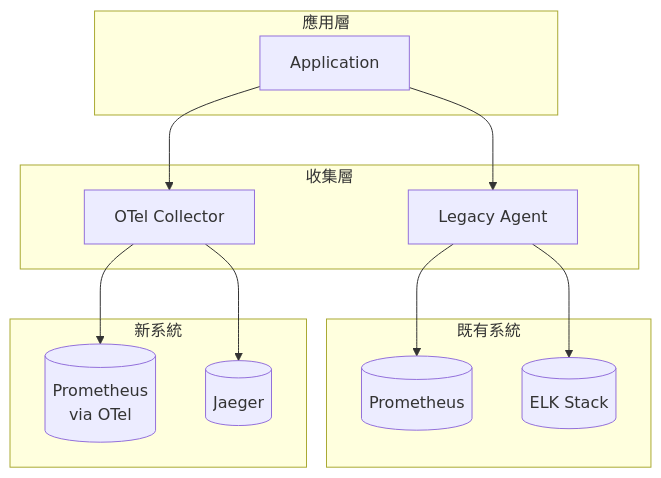
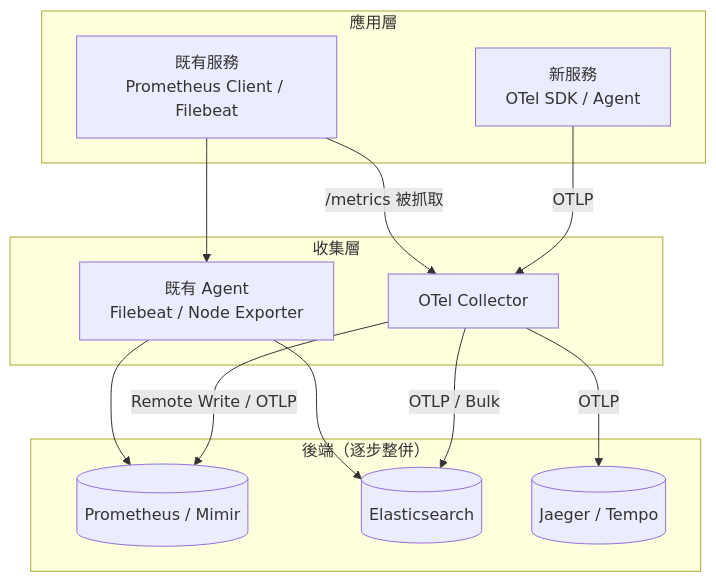
Diagram 17 of 19 in content/posts/教學/工具/OpenTelemetry教學手冊.md (chihhung/Blog), drawn with Mermaid before and after one commit. The commit also changed other lines of this file and 8 other files, not shown here.

````diff
--- a/content/posts/教學/工具/OpenTelemetry教學手冊.md
+++ b/content/posts/教學/工具/OpenTelemetry教學手冊.md
@@ -2176,30 +4288,28 @@
 ```mermaid
 flowchart TB
     subgraph "應用層"
-        App[Application]
+        App[新服務<br/>OTel SDK / Agent]
+        Legacy[既有服務<br/>Prometheus Client / Filebeat]
     end
-    
+
     subgraph "收集層"
         OTel[OTel Collector]
-        Legacy[Legacy Agent]
+        Beats[既有 Agent<br/>Filebeat / Node Exporter]
     end
-    
-    subgraph "既有系統"
-        Prom1[(Prometheus)]
-        ELK1[(ELK Stack)]
+
+    subgraph "後端（逐步整併）"
+        Prom[(Prometheus / Mimir)]
+        ELK[(Elasticsearch)]
+        Traces[(Jaeger / Tempo)]
     end
-    
-    subgraph "新系統"
-        Prom2[(Prometheus<br/>via OTel)]
-        Jaeger[(Jaeger)]
-    end
-    
-    App --> OTel
-    App --> Legacy
-    
-    OTel --> Prom2
-    OTel --> Jaeger
-    
-    Legacy --> Prom1
-    Legacy --> ELK1
+
+    App -->|OTLP| OTel
+    Legacy -->|/metrics 被抓取| OTel
+    Legacy --> Beats
+
+    OTel -->|Remote Write / OTLP| Prom
+    OTel -->|OTLP / Bulk| ELK
+    OTel -->|OTLP| Traces
+    Beats --> ELK
+    Beats --> Prom
 ```
````
